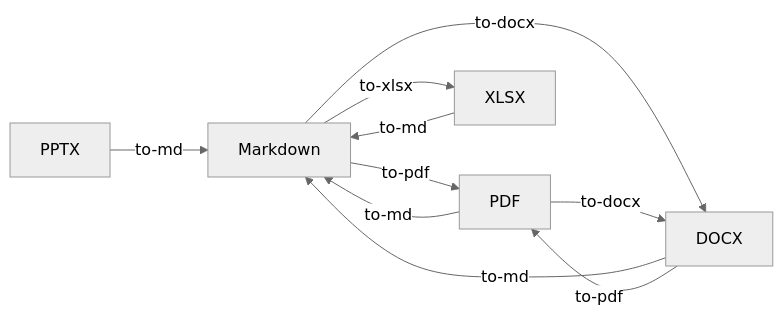
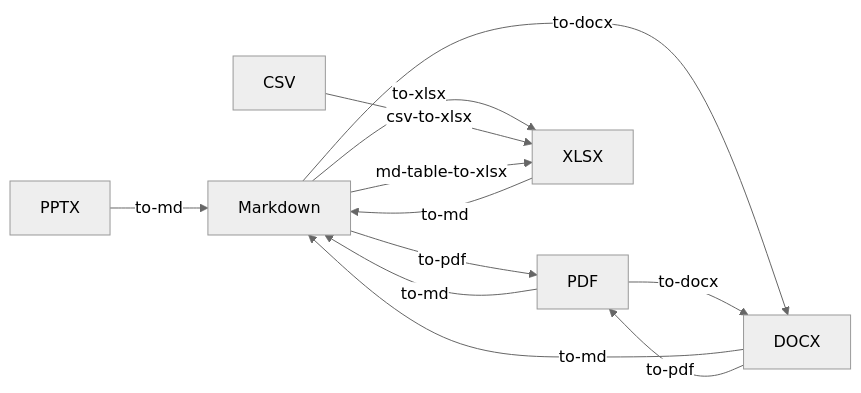
One commit to intriq-ai/qdocs changed the diagram in README.md. Above: the diagram before and after it, drawn with Mermaid (neutral theme). The commit also changed other lines of this file and 20 other files, not shown here.

````diff
--- a/README.md
+++ b/README.md
@@ -6,12 +6,14 @@
 ```mermaid
 graph LR
     MD[Markdown] -->|to-pdf| PDF[PDF]
     MD -->|to-docx| DOCX[DOCX]
     MD -->|to-xlsx| XLSX[XLSX]
     PDF -->|to-md| MD
     DOCX -->|to-md| MD
     XLSX -->|to-md| MD
     PPTX[PPTX] -->|to-md| MD
     DOCX -->|to-pdf| PDF
     PDF -->|to-docx| DOCX
+    CSV[CSV] -->|csv-to-xlsx| XLSX
+    MD -->|md-table-to-xlsx| XLSX
 ```
````
